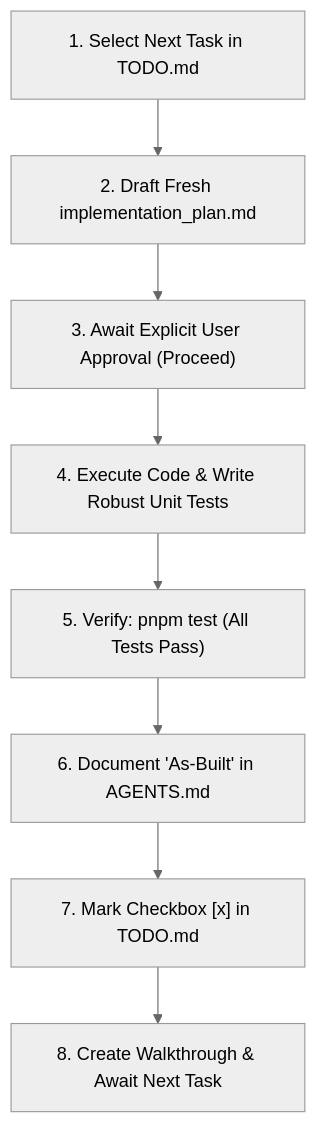
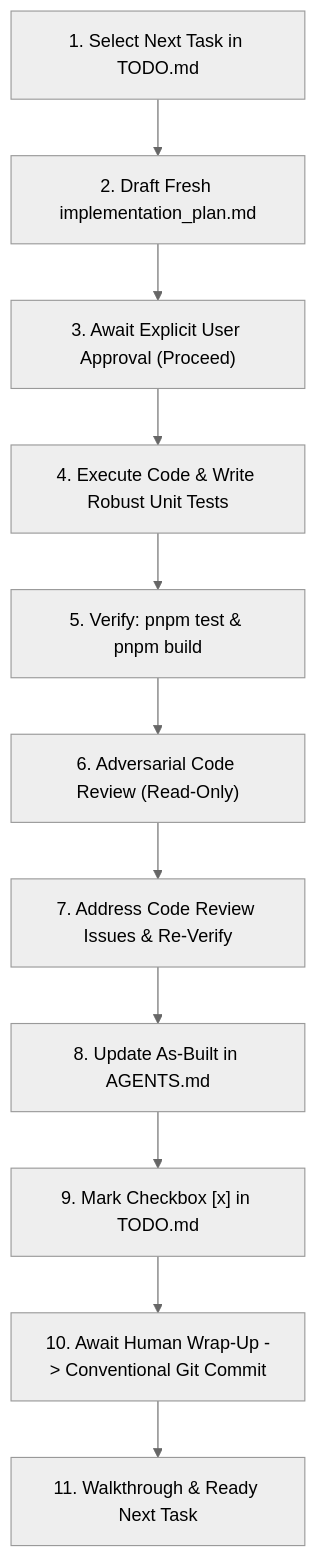
One commit to carlosjosemm/pronto-insumos changed the diagram in .agents/skills/production-readiness-workflow/SKILL.md. Above: the diagram before and after it, drawn with Mermaid (neutral theme). The commit also changed other lines of this file and 9 other files, not shown here.

````diff
--- a/.agents/skills/production-readiness-workflow/SKILL.md
+++ b/.agents/skills/production-readiness-workflow/SKILL.md
@@ -21,10 +21,13 @@
 ```mermaid
 flowchart TD
     A["1. Select Next Task in TODO.md"] --> B["2. Draft Fresh implementation_plan.md"]
     B --> C["3. Await Explicit User Approval (Proceed)"]
     C --> D["4. Execute Code & Write Robust Unit Tests"]
-    D --> E["5. Verify: pnpm test (All Tests Pass)"]
-    E --> F["6. Document 'As-Built' in AGENTS.md"]
-    F --> G["7. Mark Checkbox [x] in TODO.md"]
-    G --> H["8. Create Walkthrough & Await Next Task"]
+    D --> E["5. Verify: pnpm test & pnpm build"]
+    E --> F["6. Adversarial Code Review (Read-Only)"]
+    F --> G["7. Address Code Review Issues & Re-Verify"]
+    G --> H["8. Update As-Built in AGENTS.md"]
+    H --> I["9. Mark Checkbox [x] in TODO.md"]
+    I --> J["10. Await Human Wrap-Up -> Conventional Git Commit"]
+    J --> K["11. Walkthrough & Ready Next Task"]
 ```
````
